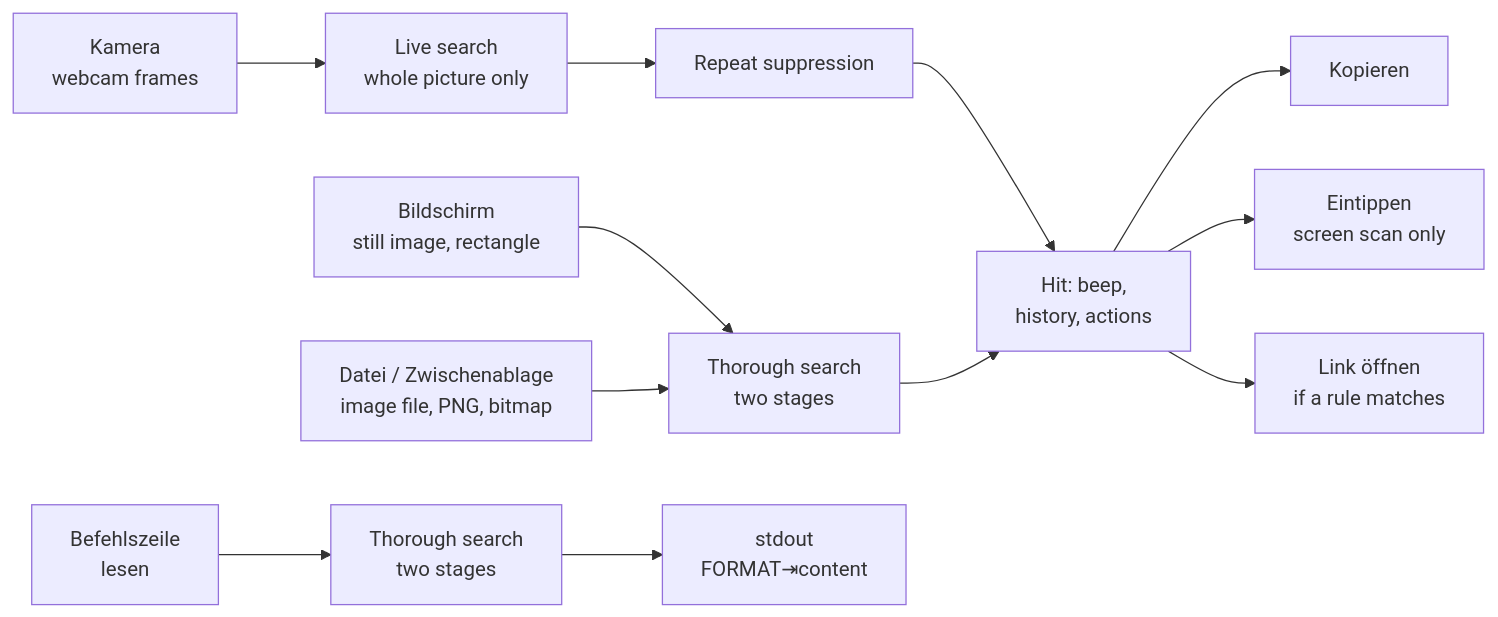
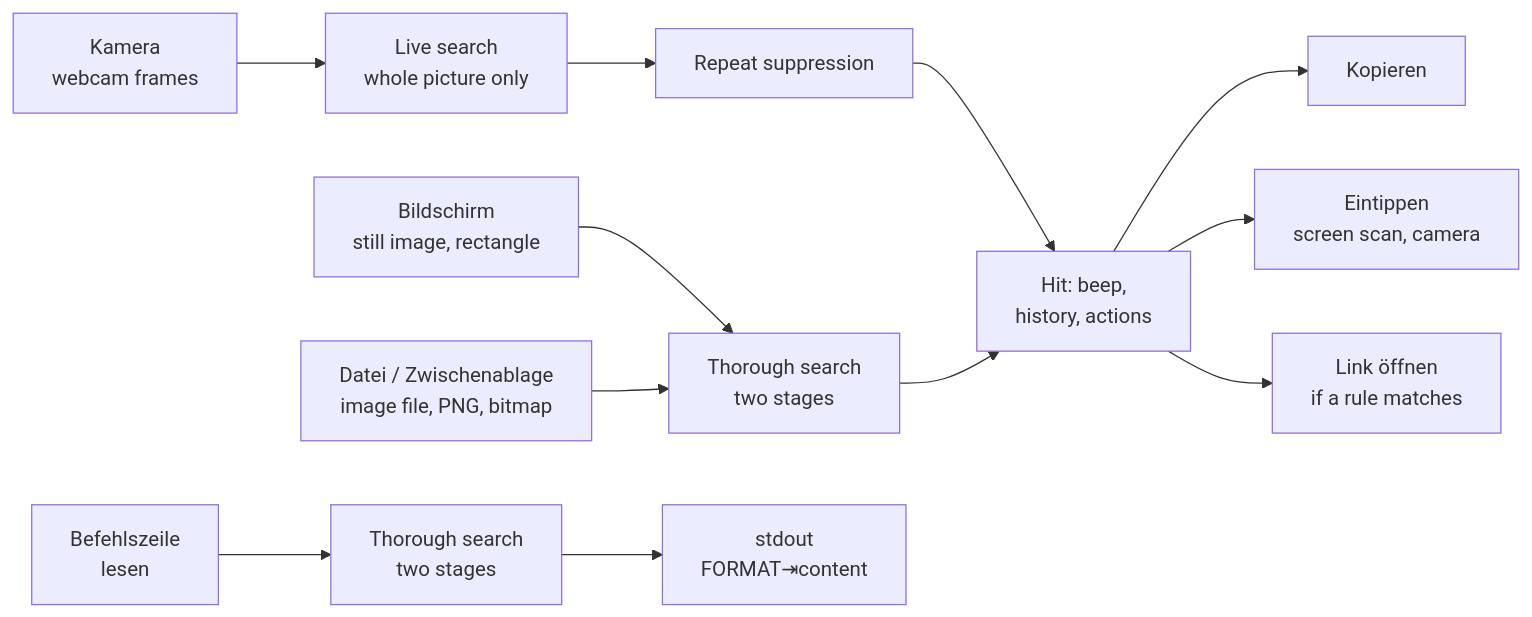
One commit to ict-baden/lupe changed the diagram in docs/how-it-works.md. Above: the diagram before and after it, drawn with Mermaid. The commit also changed 12 other files, not shown here.

````diff
--- a/docs/how-it-works.md
+++ b/docs/how-it-works.md
@@ -11,14 +11,14 @@
 ```mermaid
 flowchart LR
     K["Kamera<br>webcam frames"] --> L["Live search<br>whole picture only"]
     B["Bildschirm<br>still image, rectangle"] --> T["Thorough search<br>two stages"]
     D["Datei / Zwischenablage<br>image file, PNG, bitmap"] --> T
     C["Befehlszeile<br>lesen"] --> TC["Thorough search<br>two stages"]
     L --> R["Repeat suppression"]
     R --> H["Hit: beep,<br>history, actions"]
     T --> H
     TC --> O["stdout<br>FORMAT⇥content"]
     H --> A["Kopieren"]
-    H --> E["Eintippen<br>screen scan only"]
+    H --> E["Eintippen<br>screen scan, camera"]
     H --> N["Link öffnen<br>if a rule matches"]
 ```
````
